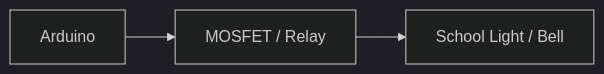
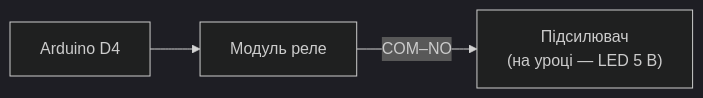
Before and after one commit to Panineduard/stem-93: the seventh of 10 diagrams in dev/lessons.md, drawn with Mermaid (dark theme). The commit also changed other lines of this file and 95 other files, not shown here.

````diff
--- a/dev/lessons.md
+++ b/dev/lessons.md
@@ -314,5 +310,5 @@
 ```mermaid
 flowchart LR
-    Arduino --> Driver["MOSFET / Relay"]
-    Driver --> Load["School Light / Bell"]
+    A["Arduino D4"] --> R["Модуль реле"]
+    R -- "COM–NO" --> L["Підсилювач<br/>(на уроці — LED 5 В)"]
 ```
````
